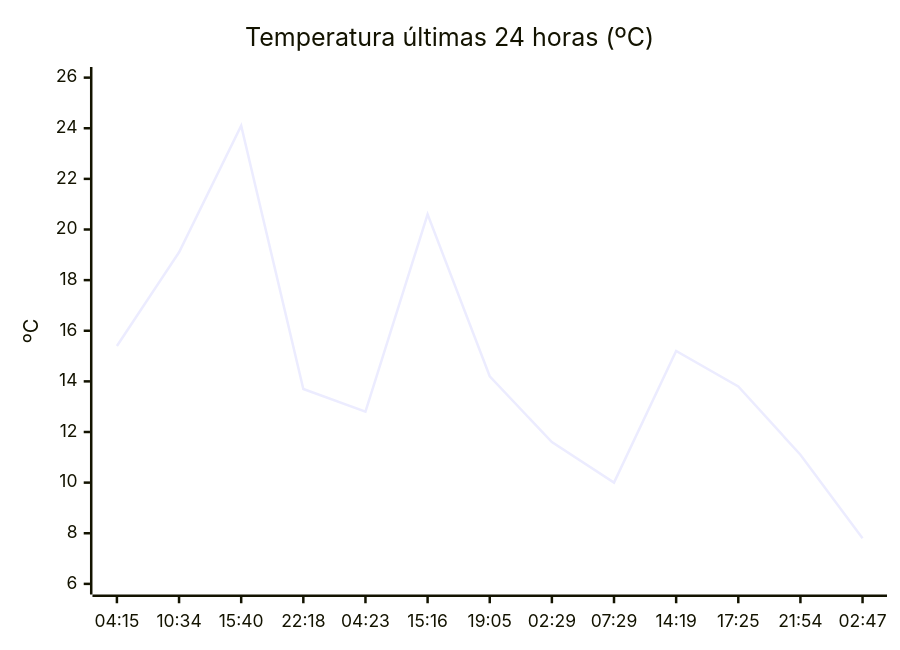
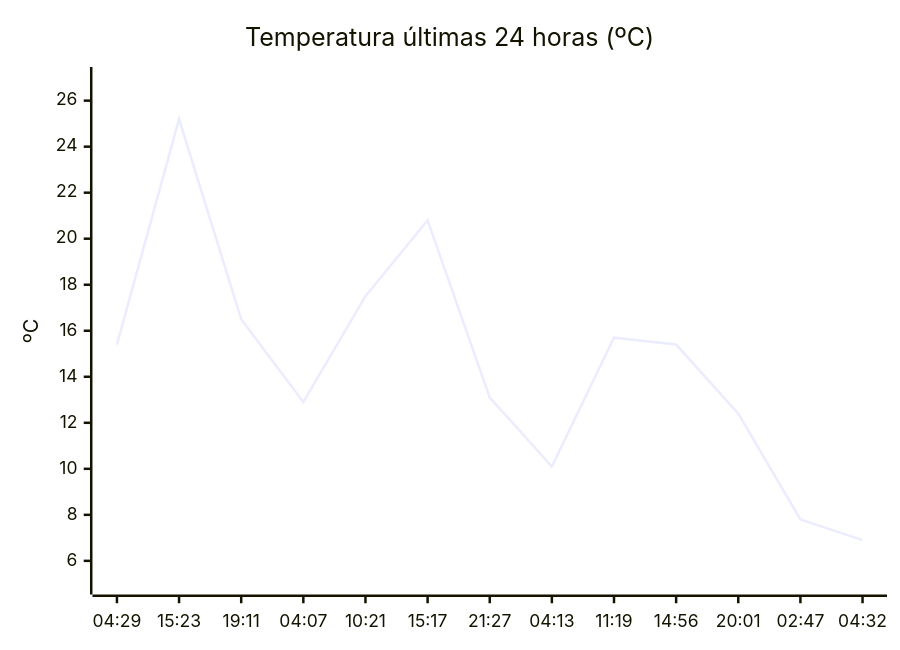
The diagram in README.md (solidsnk86/rem-scrap), drawn with Mermaid before and after one commit. The commit also changed other lines of this file, not shown here.

````diff
--- a/README.md
+++ b/README.md
@@ -36,7 +28,7 @@
 ```mermaid
 xychart-beta
     title "Temperatura últimas 24 horas (ºC)"
-    x-axis ["04:15", "10:34", "15:40", "22:18", "04:23", "15:16", "19:05", "02:29", "07:29", "14:19", "17:25", "21:54", "02:47"]
-    y-axis "ºC" 6 --> 26
-    line [15.4, 19.1, 24.1, 13.7, 12.8, 20.6, 14.2, 11.6, 10, 15.2, 13.8, 11.1, 7.8]
+    x-axis ["04:29", "15:23", "19:11", "04:07", "10:21", "15:17", "21:27", "04:13", "11:19", "14:56", "20:01", "02:47", "04:32"]
+    y-axis "ºC" 5 --> 27
+    line [15.4, 25.2, 16.5, 12.9, 17.5, 20.8, 13.1, 10.1, 15.7, 15.4, 12.4, 7.8, 6.9]
 ```
````
